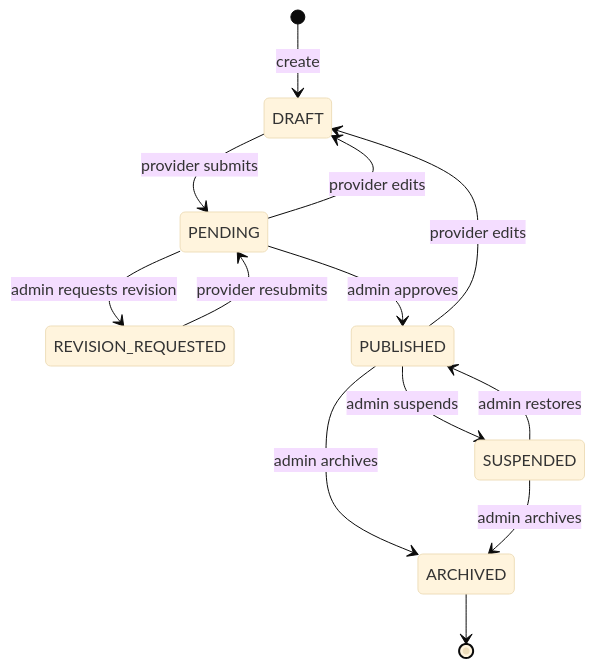
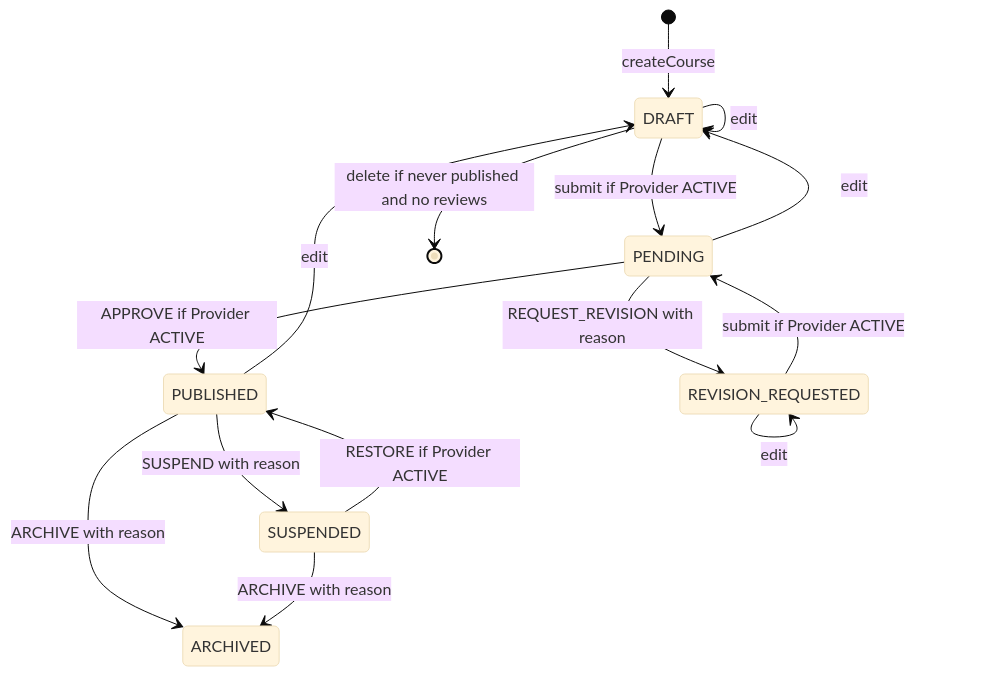
Before and after one commit to poohlikung/GROUP36_CourseRecommend: the diagram in doc/diagrams/course-state.mmd, drawn with Mermaid (base theme). The commit also changed 4 other files, not shown here.

Commit message:
feat(task21): จัดทำ diagrams คอร์สและการตรวจอนุมัติ

```diff
--- a/doc/diagrams/course-state.mmd
+++ b/doc/diagrams/course-state.mmd
@@ -1,13 +1,15 @@
 stateDiagram-v2
-    [*] --> DRAFT: create
-    DRAFT --> PENDING: provider submits
-    REVISION_REQUESTED --> PENDING: provider resubmits
-    PENDING --> PUBLISHED: admin approves
-    PENDING --> REVISION_REQUESTED: admin requests revision
-    PUBLISHED --> SUSPENDED: admin suspends
-    SUSPENDED --> PUBLISHED: admin restores
-    PUBLISHED --> ARCHIVED: admin archives
-    SUSPENDED --> ARCHIVED: admin archives
-    PENDING --> DRAFT: provider edits
-    PUBLISHED --> DRAFT: provider edits
-    ARCHIVED --> [*]
+    [*] --> DRAFT: createCourse
+    DRAFT --> DRAFT: edit
+    DRAFT --> PENDING: submit if Provider ACTIVE
+    DRAFT --> [*]: delete if never published and no reviews
+    PENDING --> DRAFT: edit
+    PENDING --> PUBLISHED: APPROVE if Provider ACTIVE
+    PENDING --> REVISION_REQUESTED: REQUEST_REVISION with reason
+    REVISION_REQUESTED --> REVISION_REQUESTED: edit
+    REVISION_REQUESTED --> PENDING: submit if Provider ACTIVE
+    PUBLISHED --> DRAFT: edit
+    PUBLISHED --> SUSPENDED: SUSPEND with reason
+    PUBLISHED --> ARCHIVED: ARCHIVE with reason
+    SUSPENDED --> PUBLISHED: RESTORE if Provider ACTIVE
+    SUSPENDED --> ARCHIVED: ARCHIVE with reason
```
